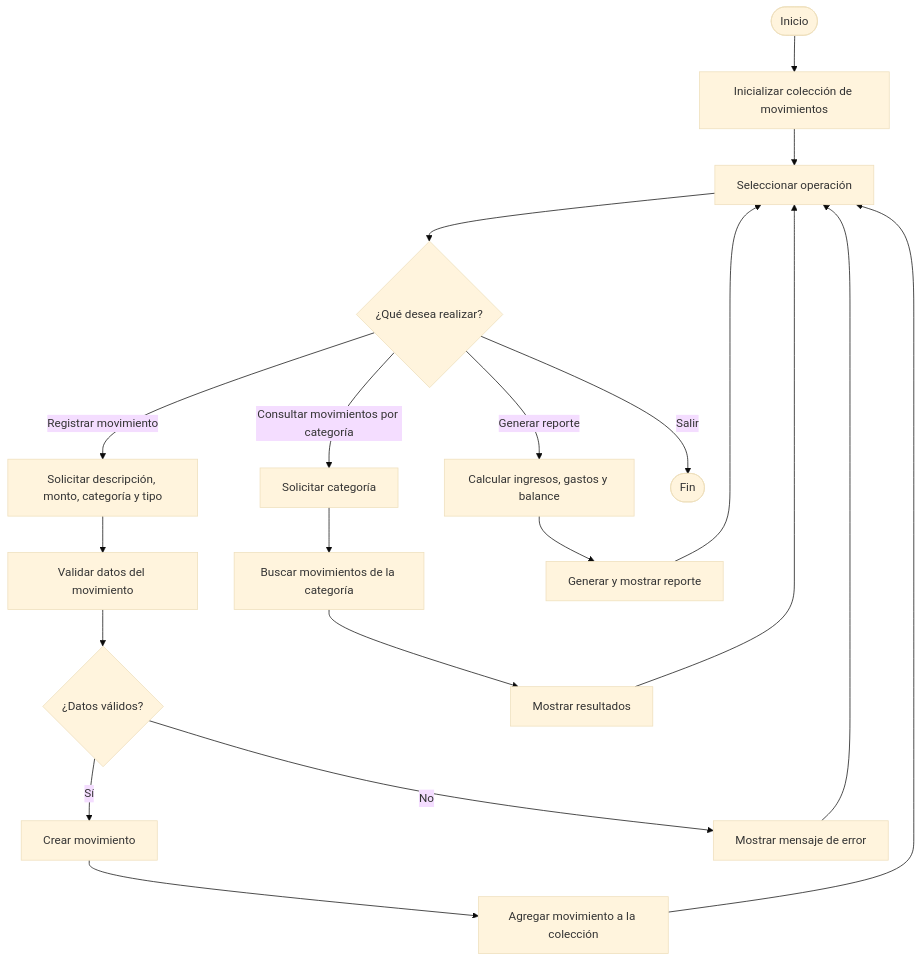
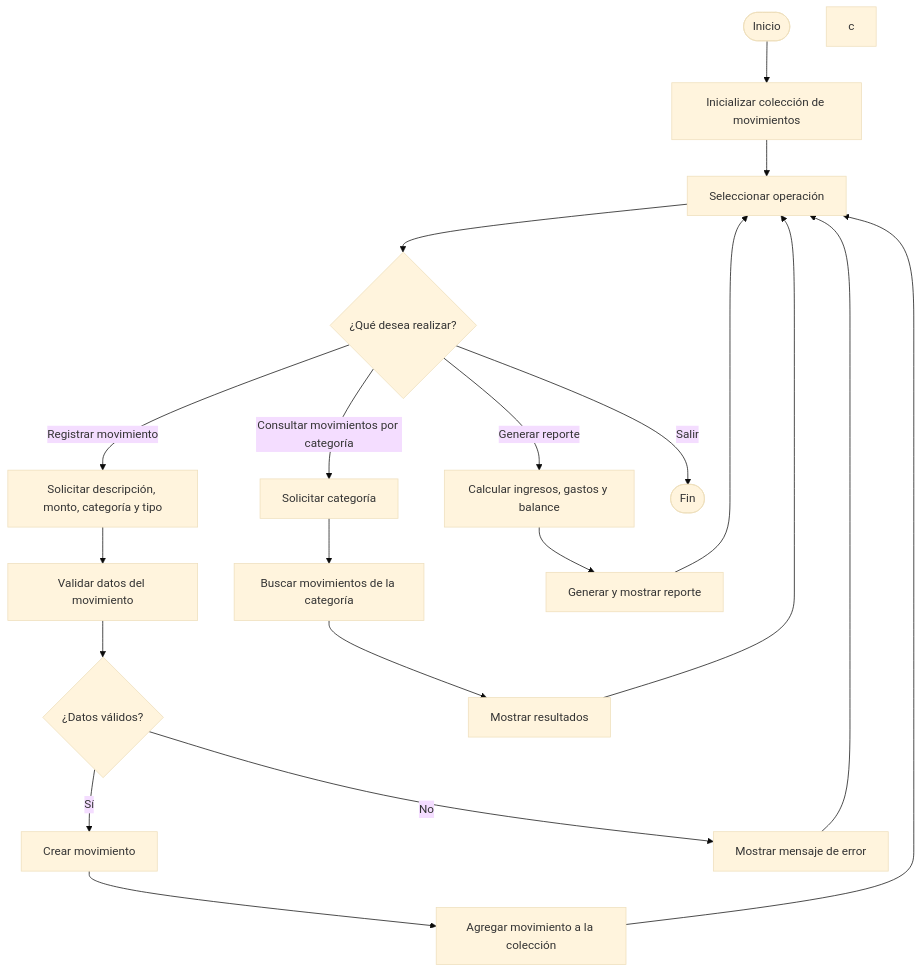
Before and after one commit to ximenasr9-prog/ExtraordinarioXimena: the diagram in README.md, drawn with Mermaid (base theme). The commit also changed other lines of this file, not shown here.

````diff
--- a/README.md
+++ b/README.md
@@ -8,38 +13,38 @@
 ```mermaid
 flowchart TD
 
 A([Inicio]) --> B[Inicializar colección de movimientos]
 
 B --> C[Seleccionar operación]
-
+c
 C --> D{¿Qué desea realizar?}
 
 D -->|Registrar movimiento| E[Solicitar descripción, monto, categoría y tipo]
 
 E --> F[Validar datos del movimiento]
 
 F --> G{¿Datos válidos?}
 
 G -->|Sí| H[Crear movimiento]
 H --> I[Agregar movimiento a la colección]
 I --> C
 
 G -->|No| J[Mostrar mensaje de error]
 J --> C
 
 
 D -->|Consultar movimientos por categoría| K[Solicitar categoría]
 
 K --> L[Buscar movimientos de la categoría]
 L --> M[Mostrar resultados]
 M --> C
 
 
 D -->|Generar reporte| N[Calcular ingresos, gastos y balance]
 
 N --> O[Generar y mostrar reporte]
 O --> C
 
 
 D -->|Salir| P([Fin])
 ```
````
